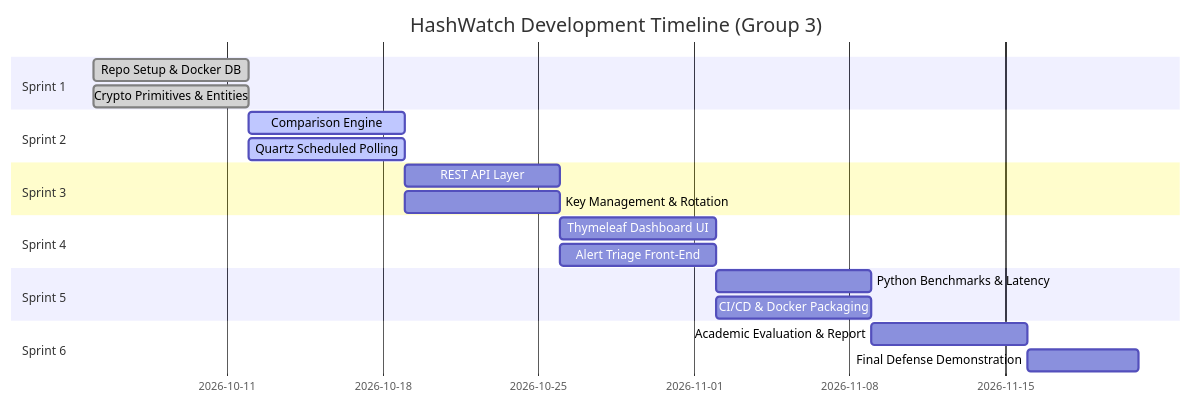
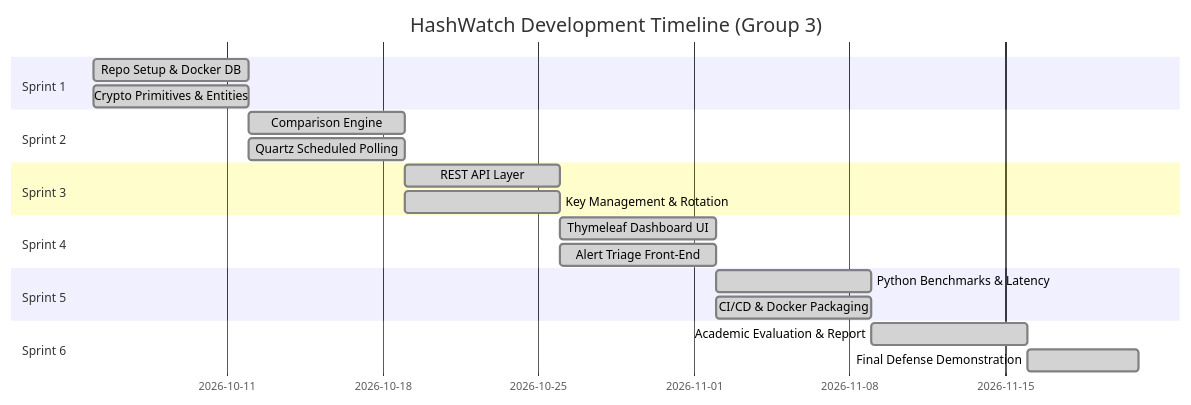
The diagram in docs/TIMELINE.md (PG300604/HashWatch), drawn with Mermaid before and after one commit. The commit also changed 6 other files, not shown here.

Commit message:
docs(academic): author comprehensive final project report, user manual, and 15-slide defense presentation deck (Resolves S6-T2, SC-3, SC-4)

````diff
--- a/docs/TIMELINE.md
+++ b/docs/TIMELINE.md
@@ -3,23 +3,23 @@
 ```mermaid
 gantt
     title HashWatch Development Timeline (Group 3)
     dateFormat  YYYY-MM-DD
     section Sprint 1
     Repo Setup & Docker DB       :done,    des1, 2026-10-05, 7d
     Crypto Primitives & Entities :done,    des2, 2026-10-05, 7d
     section Sprint 2
-    Comparison Engine            :active,  des3, 2026-10-12, 7d
-    Quartz Scheduled Polling     :active,  des4, 2026-10-12, 7d
+    Comparison Engine            :done,    des3, 2026-10-12, 7d
+    Quartz Scheduled Polling     :done,    des4, 2026-10-12, 7d
     section Sprint 3
-    REST API Layer               :         des5, 2026-10-19, 7d
-    Key Management & Rotation    :         des6, 2026-10-19, 7d
+    REST API Layer               :done,    des5, 2026-10-19, 7d
+    Key Management & Rotation    :done,    des6, 2026-10-19, 7d
     section Sprint 4
-    Thymeleaf Dashboard UI       :         des7, 2026-10-26, 7d
-    Alert Triage Front-End       :         des8, 2026-10-26, 7d
+    Thymeleaf Dashboard UI       :done,    des7, 2026-10-26, 7d
+    Alert Triage Front-End       :done,    des8, 2026-10-26, 7d
     section Sprint 5
-    Python Benchmarks & Latency  :         des9, 2026-11-02, 7d
-    CI/CD & Docker Packaging     :         des10, 2026-11-02, 7d
+    Python Benchmarks & Latency  :done,    des9, 2026-11-02, 7d
+    CI/CD & Docker Packaging     :done,    des10, 2026-11-02, 7d
     section Sprint 6
-    Academic Evaluation & Report :         des11, 2026-11-09, 7d
-    Final Defense Demonstration  :         des12, 2026-11-16, 5d
+    Academic Evaluation & Report :done,    des11, 2026-11-09, 7d
+    Final Defense Demonstration  :done,    des12, 2026-11-16, 5d
 ```
````
